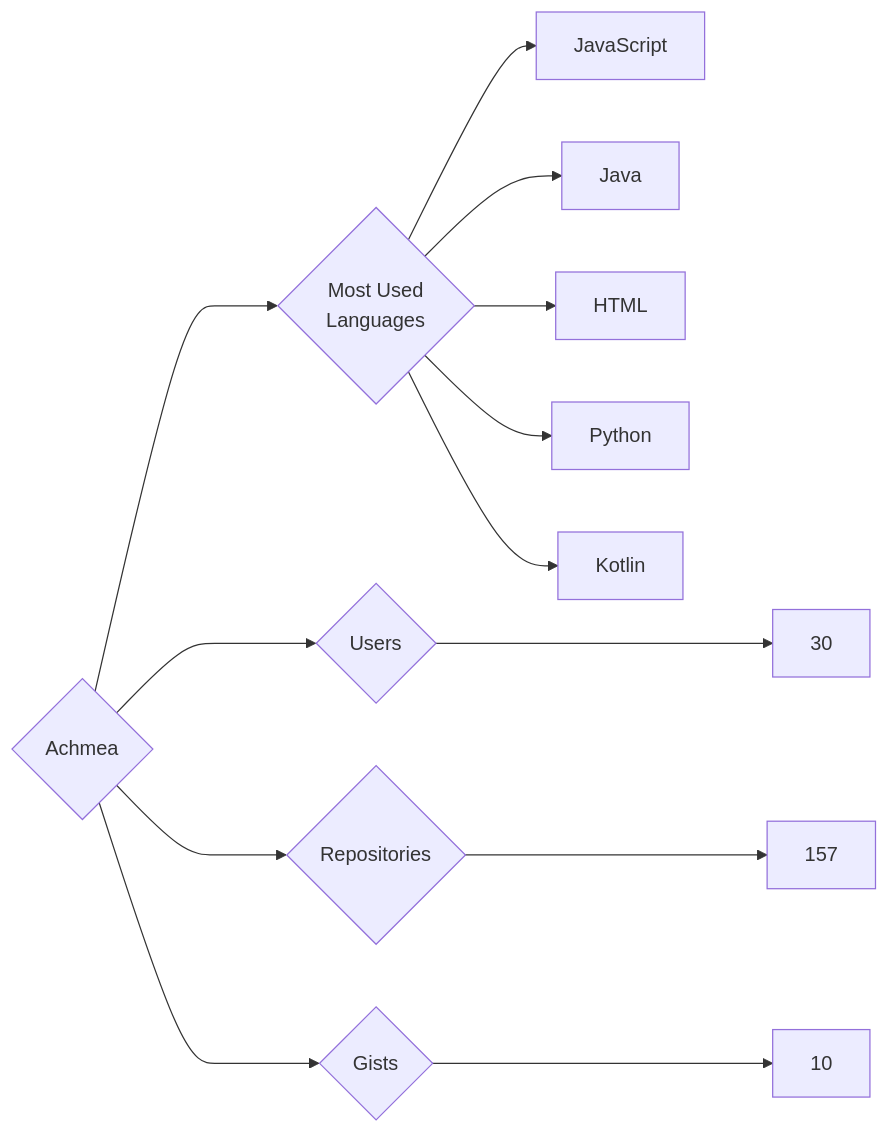
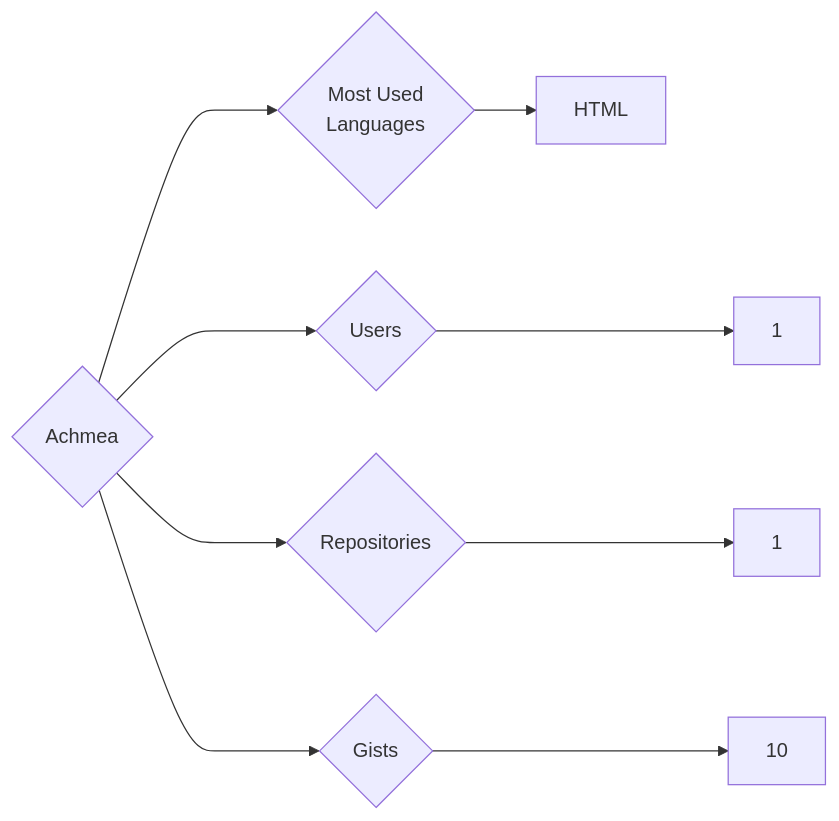
The diagram in targets/Achmea/README.md (trickest/insiders), drawn with Mermaid before and after one commit. The commit also changed 553 other files, not shown here.

````diff
--- a/targets/Achmea/README.md
+++ b/targets/Achmea/README.md
@@ -3,13 +3,9 @@
 ```mermaid
 graph LR
 COMPANY_NAME{Achmea}
-COMPANY_NAME ---> U{Users} ---> UN[30]
-COMPANY_NAME ---> R{Repositories} ---> RN[157]
+COMPANY_NAME ---> U{Users} ---> UN[1]
+COMPANY_NAME ---> R{Repositories} ---> RN[1]
 COMPANY_NAME ---> G{Gists} ---> GN[10]
 COMPANY_NAME ---> ML{Most Used<br>Languages}
-ML --> JavaScript[JavaScript]
-ML --> Java[Java]
 ML --> HTML[HTML]
-ML --> Python[Python]
-ML --> Kotlin[Kotlin]
 ```
````
